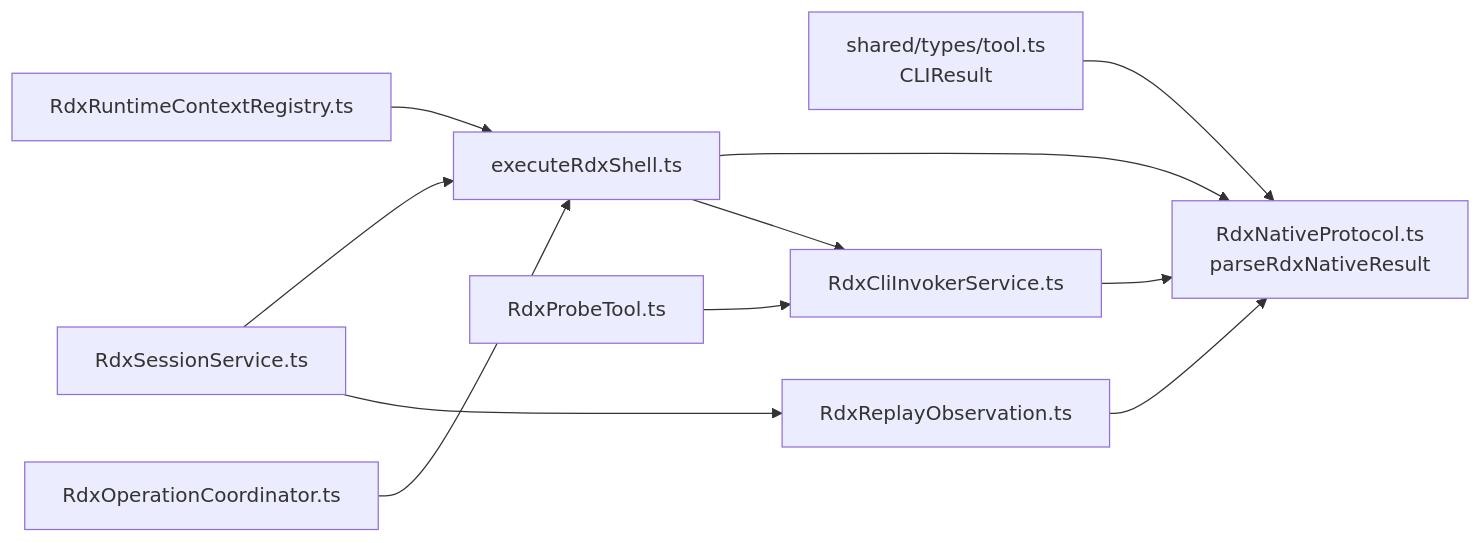
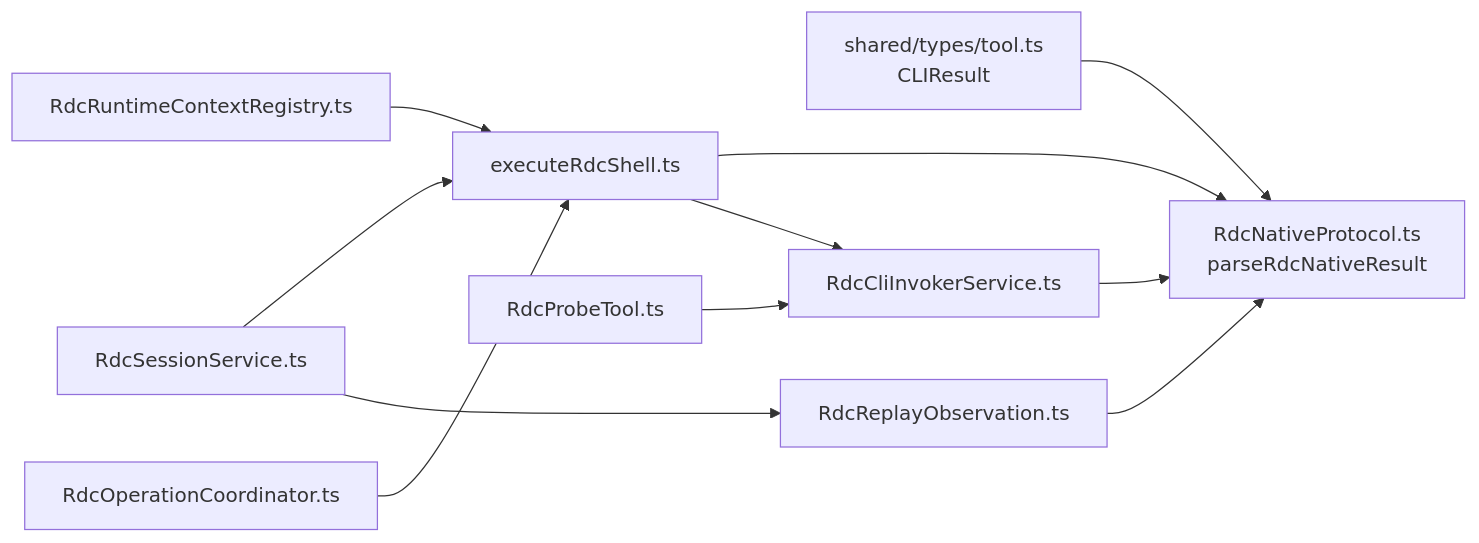
The fifth of 5 diagrams in .qoder/repowiki/zh/content/架构设计/核心组件设计/CLI调用器设计/原生协议定义.md (haolange/RDC-Agent), drawn with Mermaid before and after one commit. The commit also changed other lines of this file and 557 other files, not shown here.

First line of the commit message:
Unify RDC-Agent identity and canonical RDC-Tool integration

````diff
--- a/.qoder/repowiki/zh/content/架构设计/核心组件设计/CLI调用器设计/原生协议定义.md
+++ b/.qoder/repowiki/zh/content/架构设计/核心组件设计/CLI调用器设计/原生协议定义.md
@@ -311,13 +311,13 @@
 ```mermaid
 graph LR
-T["shared/types/tool.ts<br/>CLIResult"] --> P["RdxNativeProtocol.ts<br/>parseRdxNativeResult"]
-I["RdxCliInvokerService.ts"] --> P
-S["executeRdxShell.ts"] --> P
+T["shared/types/tool.ts<br/>CLIResult"] --> P["RdcNativeProtocol.ts<br/>parseRdcNativeResult"]
+I["RdcCliInvokerService.ts"] --> P
+S["executeRdcShell.ts"] --> P
 S --> I
-SS["RdxSessionService.ts"] --> S
-SS --> RO["RdxReplayObservation.ts"]
+SS["RdcSessionService.ts"] --> S
+SS --> RO["RdcReplayObservation.ts"]
 RO --> P
-PR["RdxProbeTool.ts"] --> I
-RC["RdxRuntimeContextRegistry.ts"] --> S
-OC["RdxOperationCoordinator.ts"] --> S
+PR["RdcProbeTool.ts"] --> I
+RC["RdcRuntimeContextRegistry.ts"] --> S
+OC["RdcOperationCoordinator.ts"] --> S
 ```
````
